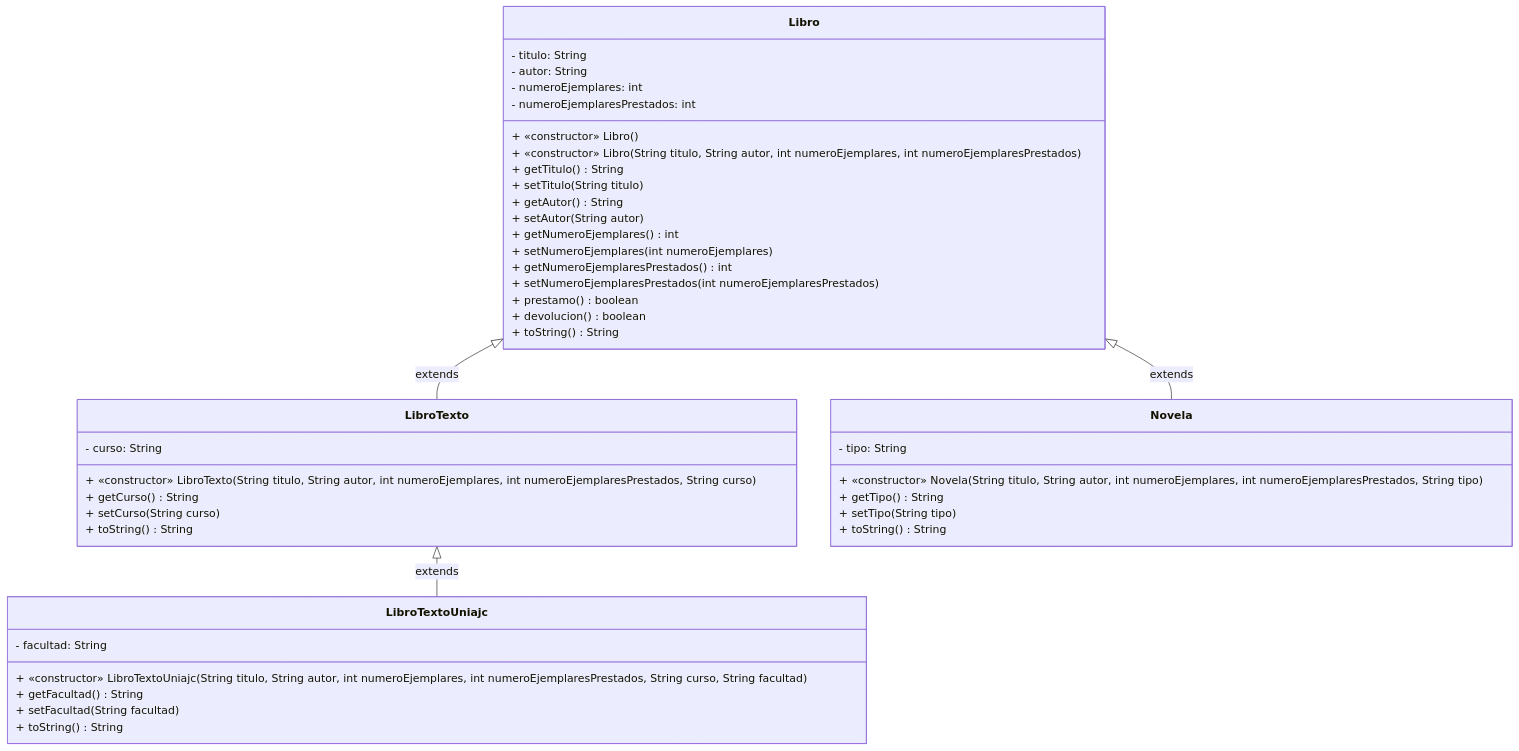
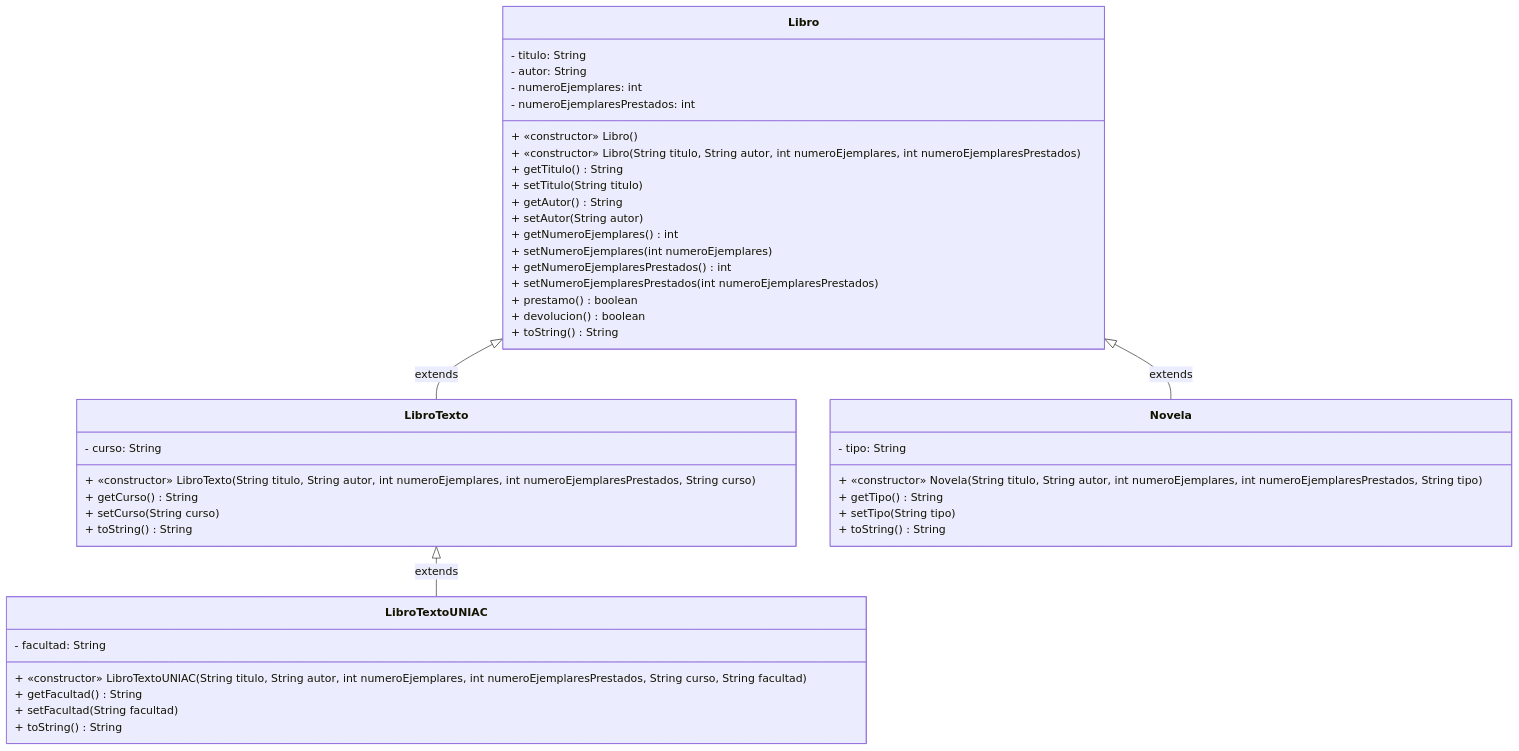
Before and after one commit to JeanRojas17/Parcial-I-Parte-Practica-G412: the diagram in README.md, drawn with Mermaid.

Commit message:
Corrección del README

````diff
--- a/README.md
+++ b/README.md
@@ -9,46 +9,46 @@
 ```mermaid
 classDiagram
     class Libro {
         - titulo: String
         - autor: String
         - numeroEjemplares: int
         - numeroEjemplaresPrestados: int
         + «constructor» Libro()
         + «constructor» Libro(String titulo, String autor, int numeroEjemplares, int numeroEjemplaresPrestados)
         + getTitulo() String
         + setTitulo(String titulo)
         + getAutor() String
         + setAutor(String autor)
         + getNumeroEjemplares() int
         + setNumeroEjemplares(int numeroEjemplares)
         + getNumeroEjemplaresPrestados() int
         + setNumeroEjemplaresPrestados(int numeroEjemplaresPrestados)
         + prestamo() boolean
         + devolucion() boolean
         + toString() String
     }
     class LibroTexto {
         - curso: String
         + «constructor» LibroTexto(String titulo, String autor, int numeroEjemplares, int numeroEjemplaresPrestados, String curso)
         + getCurso() String
         + setCurso(String curso)
         + toString() String
     }
     class Novela {
         - tipo: String
         + «constructor» Novela(String titulo, String autor, int numeroEjemplares, int numeroEjemplaresPrestados, String tipo)
         + getTipo() String
         + setTipo(String tipo)
         + toString() String
     }
-    class LibroTextoUniajc {
+    class LibroTextoUNIAC {
         - facultad: String
-        + «constructor» LibroTextoUniajc(String titulo, String autor, int numeroEjemplares, int numeroEjemplaresPrestados, String curso, String facultad)
+        + «constructor» LibroTextoUNIAC(String titulo, String autor, int numeroEjemplares, int numeroEjemplaresPrestados, String curso, String facultad)
         + getFacultad() String
         + setFacultad(String facultad)
         + toString() String
     }
     Libro <|-- LibroTexto : extends
     Libro <|-- Novela : extends
-    LibroTexto <|-- LibroTextoUniajc : extends
+    LibroTexto <|-- LibroTextoUNIAC : extends
 ```
````
